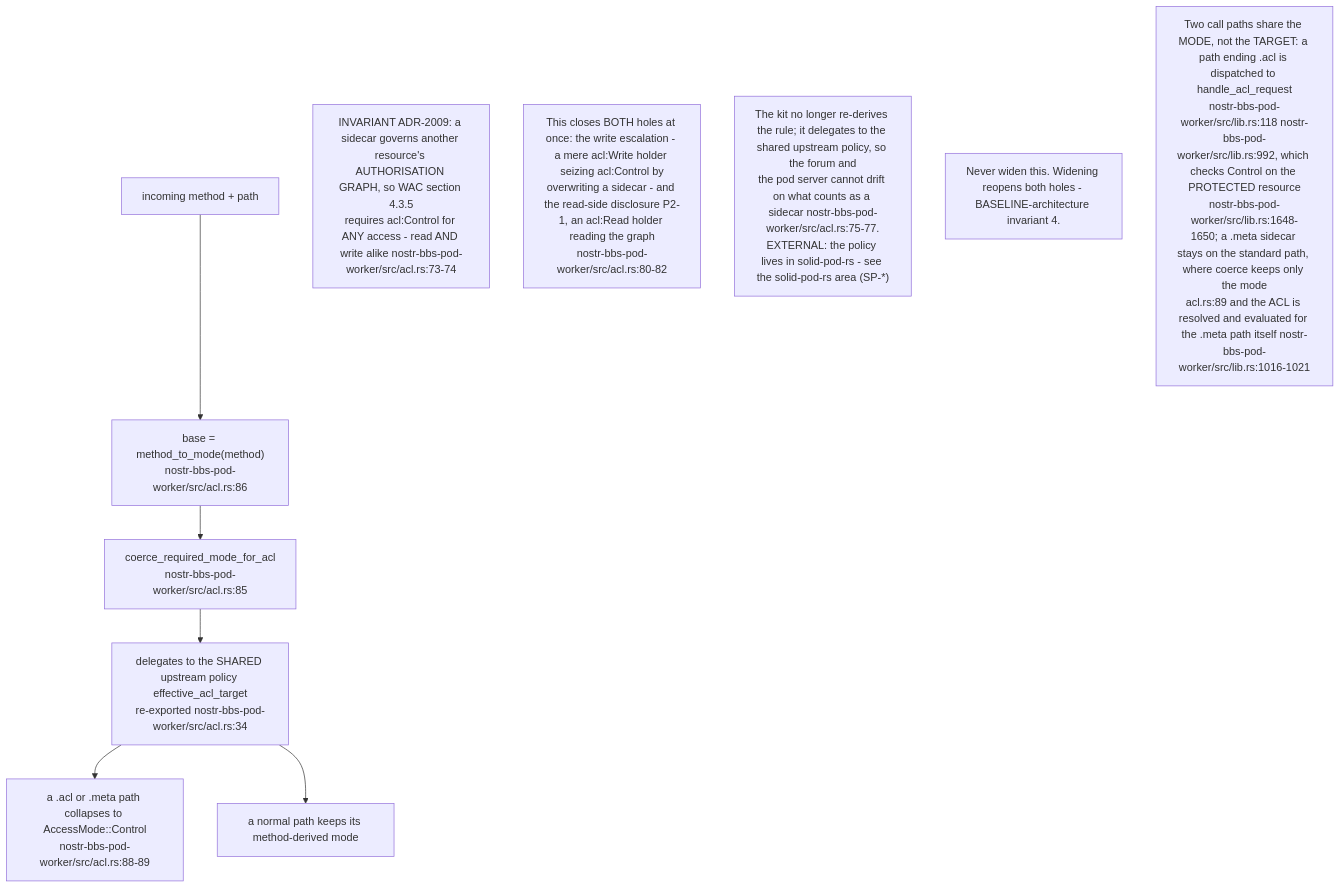
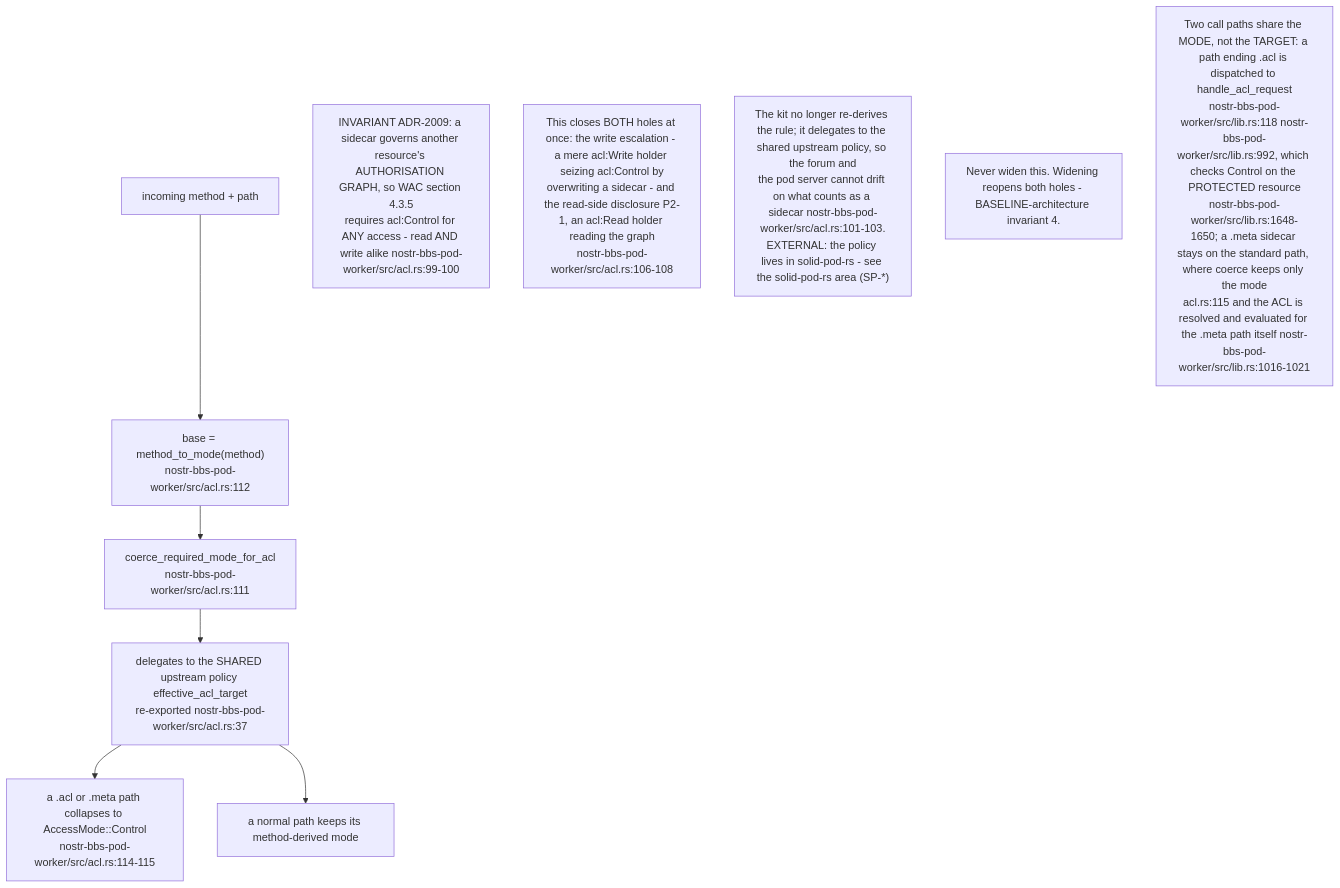
Before and after one commit to DreamLab-AI/VisionFlow: the third of 10 diagrams in docs/diagrams/nostr-rust-forum/04-pod-worker-ldp-wac-and-delegation.md, drawn with Mermaid. The commit also changed other lines of this file and 59 other files, not shown here.

First line of the commit message:
docs(diagrams): re-derive and re-stamp forum, website, pod, ontomark and sealmap topics

````diff
--- a/docs/diagrams/nostr-rust-forum/04-pod-worker-ldp-wac-and-delegation.md
+++ b/docs/diagrams/nostr-rust-forum/04-pod-worker-ldp-wac-and-delegation.md
@@ -112,19 +112,19 @@
 ```mermaid
 flowchart TB
     REQ["incoming method + path"]
-    BASE["base = method_to_mode(method)<br/>nostr-bbs-pod-worker/src/acl.rs:86"]
-    COERCE["coerce_required_mode_for_acl<br/>nostr-bbs-pod-worker/src/acl.rs:85"]
-    SHARED["delegates to the SHARED upstream policy effective_acl_target<br/>re-exported nostr-bbs-pod-worker/src/acl.rs:34"]
-    CTRL["a .acl or .meta path collapses to AccessMode::Control<br/>nostr-bbs-pod-worker/src/acl.rs:88-89"]
+    BASE["base = method_to_mode(method)<br/>nostr-bbs-pod-worker/src/acl.rs:112"]
+    COERCE["coerce_required_mode_for_acl<br/>nostr-bbs-pod-worker/src/acl.rs:111"]
+    SHARED["delegates to the SHARED upstream policy effective_acl_target<br/>re-exported nostr-bbs-pod-worker/src/acl.rs:37"]
+    CTRL["a .acl or .meta path collapses to AccessMode::Control<br/>nostr-bbs-pod-worker/src/acl.rs:114-115"]
     NORM["a normal path keeps its method-derived mode"]
 
     REQ --> BASE --> COERCE --> SHARED
     SHARED --> CTRL
     SHARED --> NORM
 
-    N1["INVARIANT ADR-2009: a sidecar governs another resource's AUTHORISATION GRAPH, so WAC section 4.3.5<br/>requires acl:Control for ANY access - read AND write alike nostr-bbs-pod-worker/src/acl.rs:73-74"]
-    N2["This closes BOTH holes at once: the write escalation - a mere acl:Write holder seizing acl:Control by<br/>overwriting a sidecar - and the read-side disclosure P2-1, an acl:Read holder reading the graph<br/>nostr-bbs-pod-worker/src/acl.rs:80-82"]
-    N3["The kit no longer re-derives the rule; it delegates to the shared upstream policy, so the forum and<br/>the pod server cannot drift on what counts as a sidecar nostr-bbs-pod-worker/src/acl.rs:75-77.<br/>EXTERNAL: the policy lives in solid-pod-rs - see the solid-pod-rs area (SP-*)"]
+    N1["INVARIANT ADR-2009: a sidecar governs another resource's AUTHORISATION GRAPH, so WAC section 4.3.5<br/>requires acl:Control for ANY access - read AND write alike nostr-bbs-pod-worker/src/acl.rs:99-100"]
+    N2["This closes BOTH holes at once: the write escalation - a mere acl:Write holder seizing acl:Control by<br/>overwriting a sidecar - and the read-side disclosure P2-1, an acl:Read holder reading the graph<br/>nostr-bbs-pod-worker/src/acl.rs:106-108"]
+    N3["The kit no longer re-derives the rule; it delegates to the shared upstream policy, so the forum and<br/>the pod server cannot drift on what counts as a sidecar nostr-bbs-pod-worker/src/acl.rs:101-103.<br/>EXTERNAL: the policy lives in solid-pod-rs - see the solid-pod-rs area (SP-*)"]
     N4["Never widen this. Widening reopens both holes - BASELINE-architecture invariant 4."]
-    N5["Two call paths share the MODE, not the TARGET: a path ending .acl is dispatched to handle_acl_request<br/>nostr-bbs-pod-worker/src/lib.rs:118 nostr-bbs-pod-worker/src/lib.rs:992, which checks Control on the PROTECTED resource<br/>nostr-bbs-pod-worker/src/lib.rs:1648-1650; a .meta sidecar stays on the standard path, where coerce keeps only the mode<br/>acl.rs:89 and the ACL is resolved and evaluated for the .meta path itself nostr-bbs-pod-worker/src/lib.rs:1016-1021"]
+    N5["Two call paths share the MODE, not the TARGET: a path ending .acl is dispatched to handle_acl_request<br/>nostr-bbs-pod-worker/src/lib.rs:118 nostr-bbs-pod-worker/src/lib.rs:992, which checks Control on the PROTECTED resource<br/>nostr-bbs-pod-worker/src/lib.rs:1648-1650; a .meta sidecar stays on the standard path, where coerce keeps only the mode<br/>acl.rs:115 and the ACL is resolved and evaluated for the .meta path itself nostr-bbs-pod-worker/src/lib.rs:1016-1021"]
 ```
````
